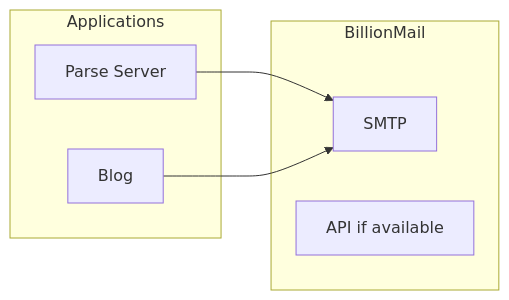
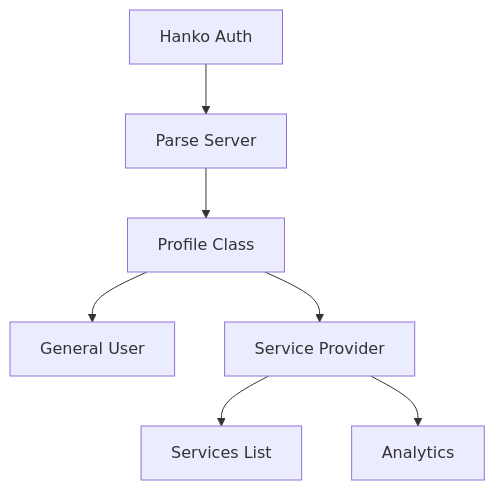
One commit to dirm02/bloggista changed the sixth of 9 diagrams in expansion.md. Above: the diagram before and after it, drawn with Mermaid. The commit also changed other lines of this file, not shown here.

````diff
--- a/expansion.md
+++ b/expansion.md
@@ -248,15 +207,9 @@
 ```mermaid
-flowchart LR
-    subgraph Apps [Applications]
-        Parse3[Parse Server]
-        Blog2[Blog]
-    end
-
-    subgraph Mail [BillionMail]
-        SMTP[SMTP]
-        API[API if available]
-    end
-
-    Parse3 --> SMTP
-    Blog2 --> SMTP
+flowchart TB
+    Hanko[Hanko Auth] --> Parse[Parse Server]
+    Parse --> Profile[Profile Class]
+    Profile --> General[General User]
+    Profile --> Provider[Service Provider]
+    Provider --> Services[Services List]
+    Provider --> Analytics[Analytics]
 ```
````
